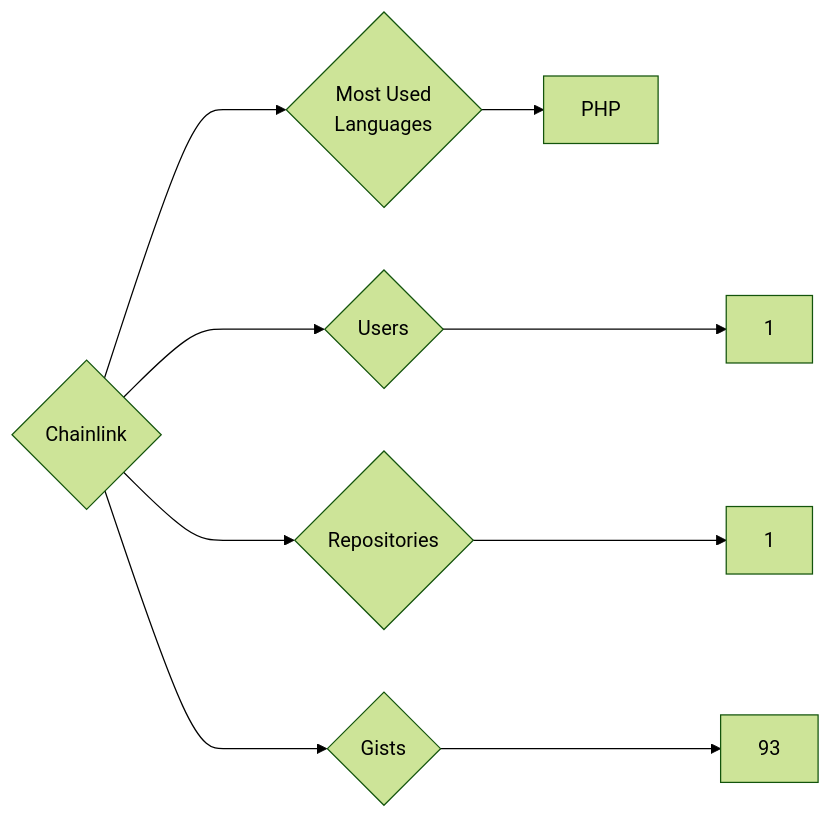
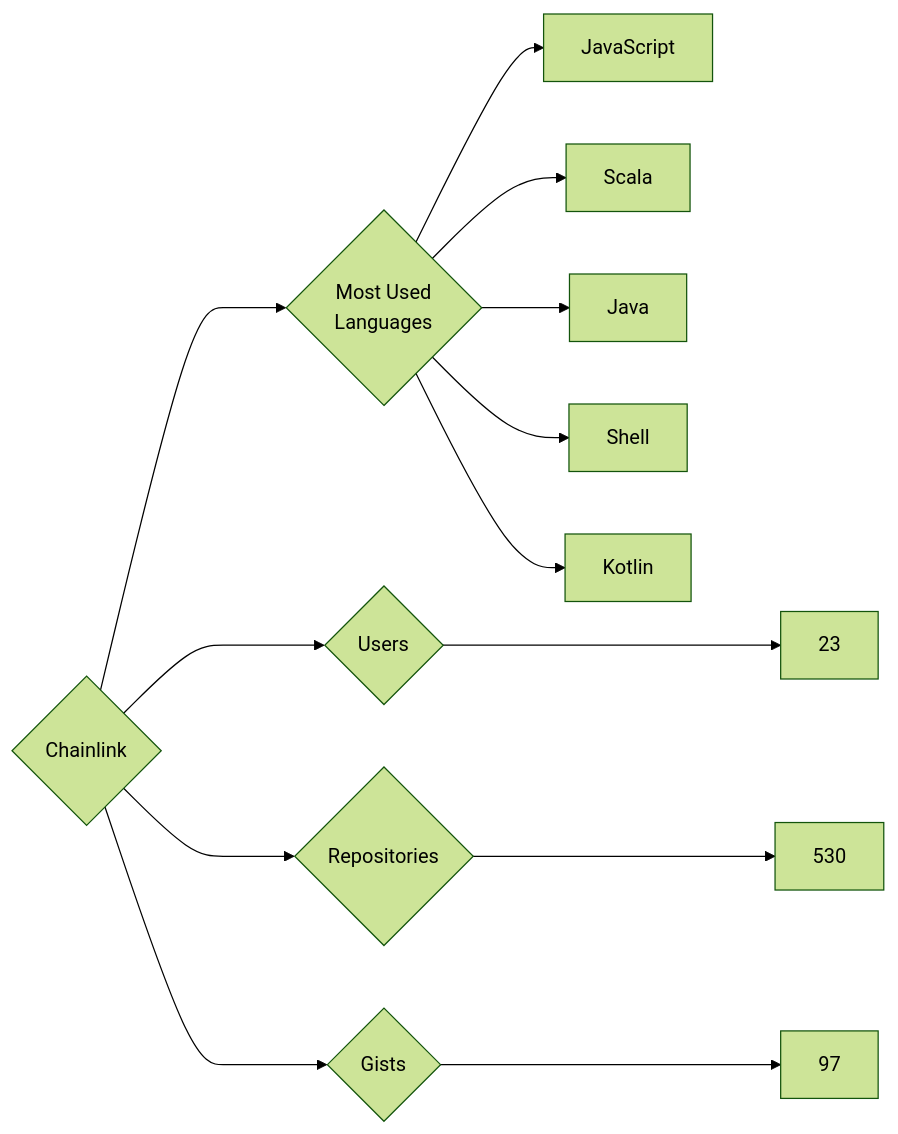
One commit to trickest/insiders changed the diagram in targets/Chainlink/README.md. Above: the diagram before and after it, drawn with Mermaid (forest theme). The commit also changed 953 other files, not shown here.

````diff
--- a/targets/Chainlink/README.md
+++ b/targets/Chainlink/README.md
@@ -3,9 +3,13 @@
 ```mermaid
 graph LR
 COMPANY_NAME{Chainlink}
-COMPANY_NAME ---> U{Users} ---> UN[1]
-COMPANY_NAME ---> R{Repositories} ---> RN[1]
-COMPANY_NAME ---> G{Gists} ---> GN[93]
+COMPANY_NAME ---> U{Users} ---> UN[23]
+COMPANY_NAME ---> R{Repositories} ---> RN[530]
+COMPANY_NAME ---> G{Gists} ---> GN[97]
 COMPANY_NAME ---> ML{Most Used<br>Languages}
-ML --> PHP[PHP]
+ML --> JavaScript[JavaScript]
+ML --> Scala[Scala]
+ML --> Java[Java]
+ML --> Shell[Shell]
+ML --> Kotlin[Kotlin]
 ```
````
